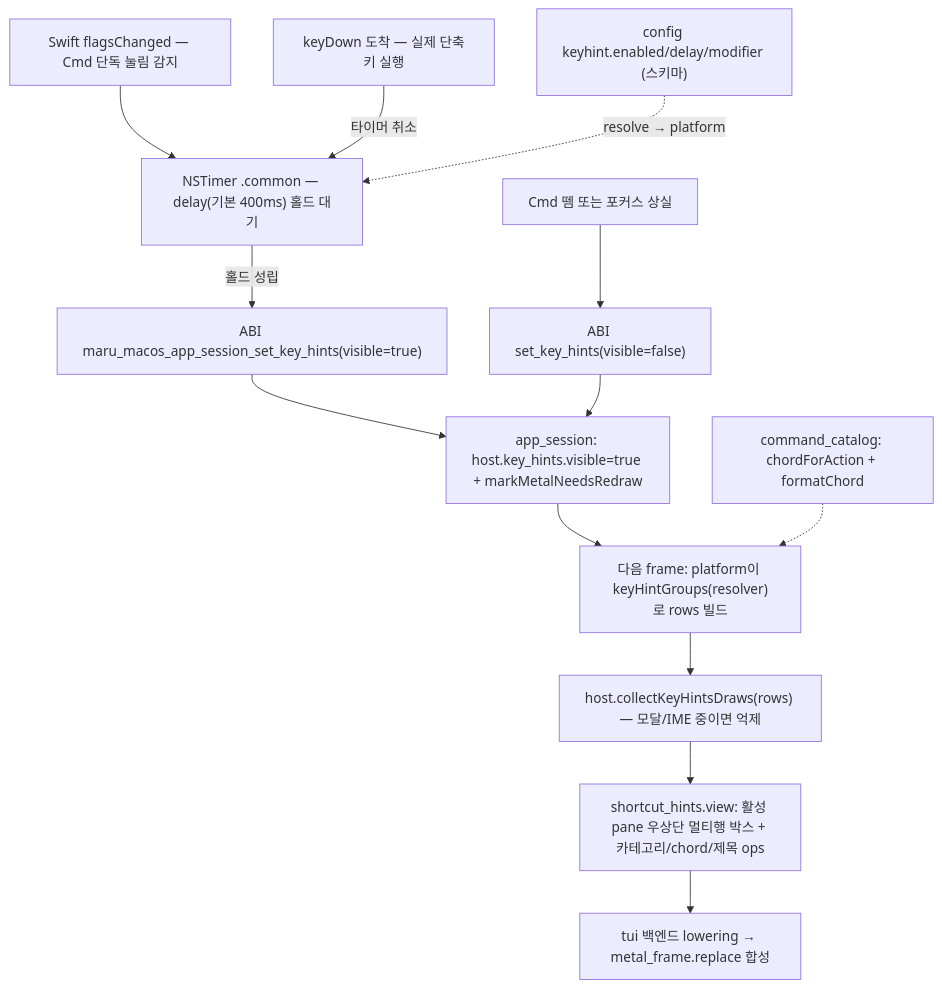
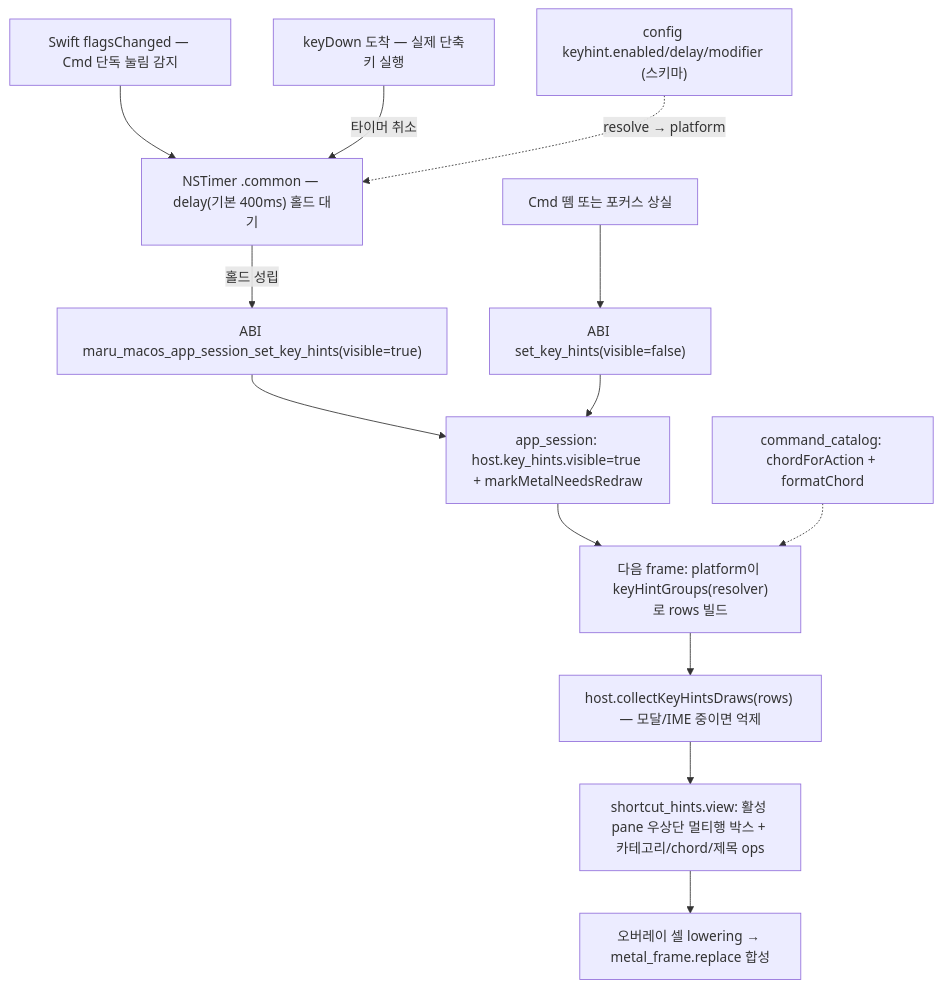
The second of 3 diagrams in docs/keybind-hints.md (ohah/maru), drawn with Mermaid before and after one commit. The commit also changed other lines of this file and 42 other files, not shown here.

````diff
--- a/docs/keybind-hints.md
+++ b/docs/keybind-hints.md
@@ -83,15 +83,15 @@
 ```mermaid
 flowchart TD
     A["Swift flagsChanged — Cmd 단독 눌림 감지"] --> B["NSTimer .common — delay(기본 400ms) 홀드 대기"]
     B -->|"홀드 성립"| C["ABI maru_macos_app_session_set_key_hints(visible=true)"]
     K["keyDown 도착 — 실제 단축키 실행"] -->|"타이머 취소"| B
     R["Cmd 뗌 또는 포커스 상실"] --> D["ABI set_key_hints(visible=false)"]
     C --> E["app_session: host.key_hints.visible=true + markMetalNeedsRedraw"]
     D --> E
     E --> F["다음 frame: platform이 keyHintGroups(resolver)로 rows 빌드"]
     F --> G["host.collectKeyHintsDraws(rows) — 모달/IME 중이면 억제"]
     G --> H["shortcut_hints.view: 활성 pane 우상단 멀티행 박스 + 카테고리/chord/제목 ops"]
-    H --> I["tui 백엔드 lowering → metal_frame.replace 합성"]
+    H --> I["오버레이 셀 lowering → metal_frame.replace 합성"]
     CFG["config keyhint.enabled/delay/modifier (스키마)"] -.->|"resolve → platform"| B
     CAT["command_catalog: chordForAction + formatChord"] -.-> F
 ```
````
